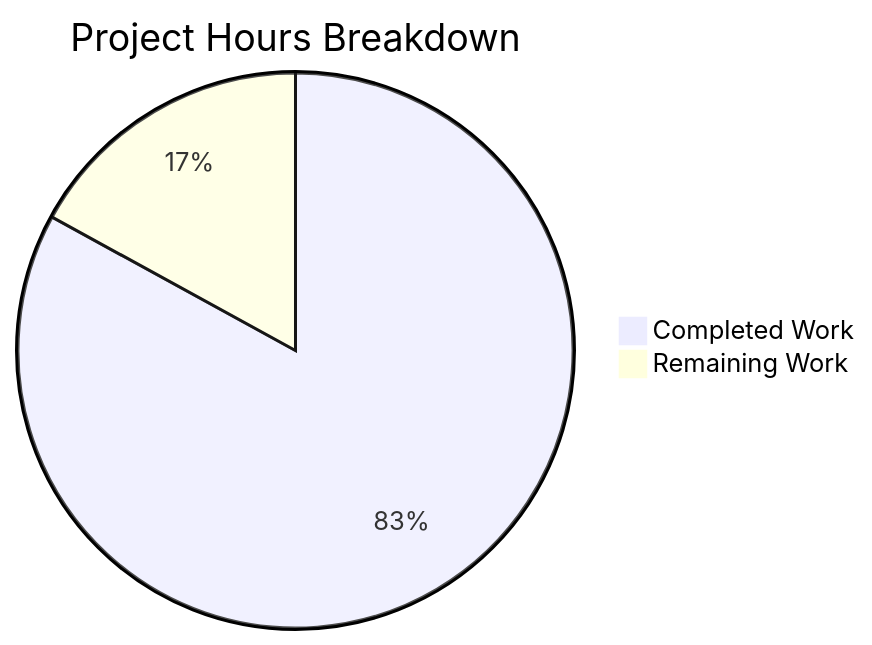
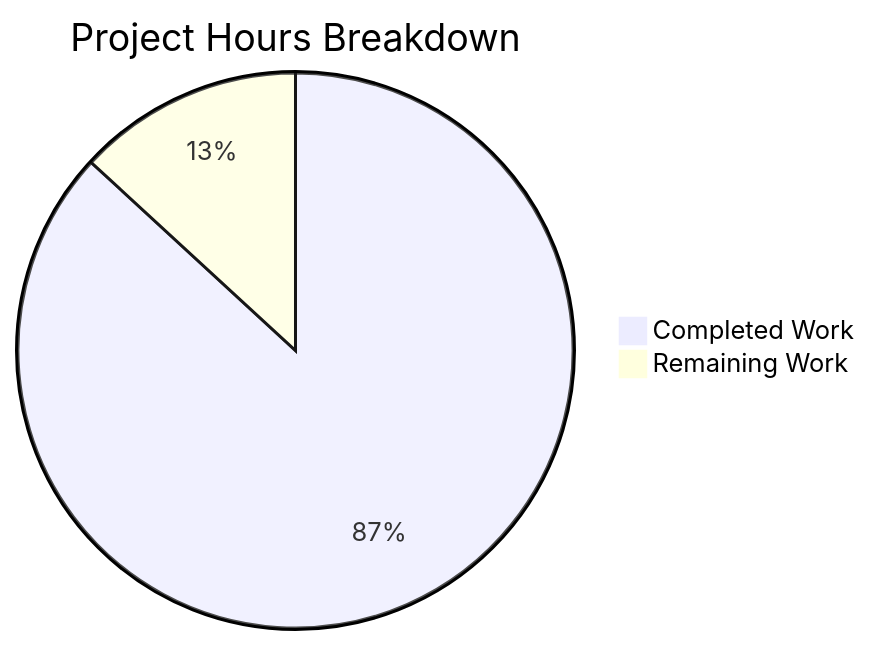
The second of 2 diagrams in blitzy/documentation/Project Guide.md (Blitzy-Sandbox/blitzy-formbricks), drawn with Mermaid before and after one commit. The commit also changed other lines of this file, not shown here.

Commit message:
Adding Blitzy Project Guide: Project Status and Human Tasks Remaining

````diff
--- a/blitzy/documentation/Project Guide.md
+++ b/blitzy/documentation/Project Guide.md
@@ -249,5 +288,5 @@
 ```mermaid
 pie title Project Hours Breakdown
-    "Completed Work" : 156
-    "Remaining Work" : 32
+    "Completed Work" : 165
+    "Remaining Work" : 25
 ```
````
